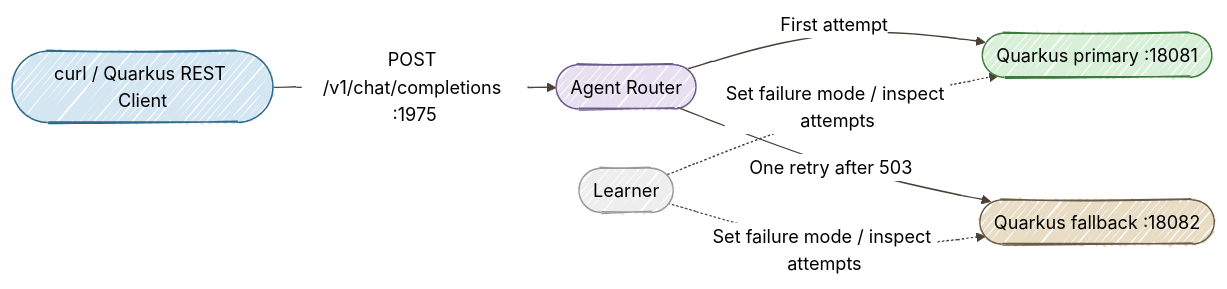
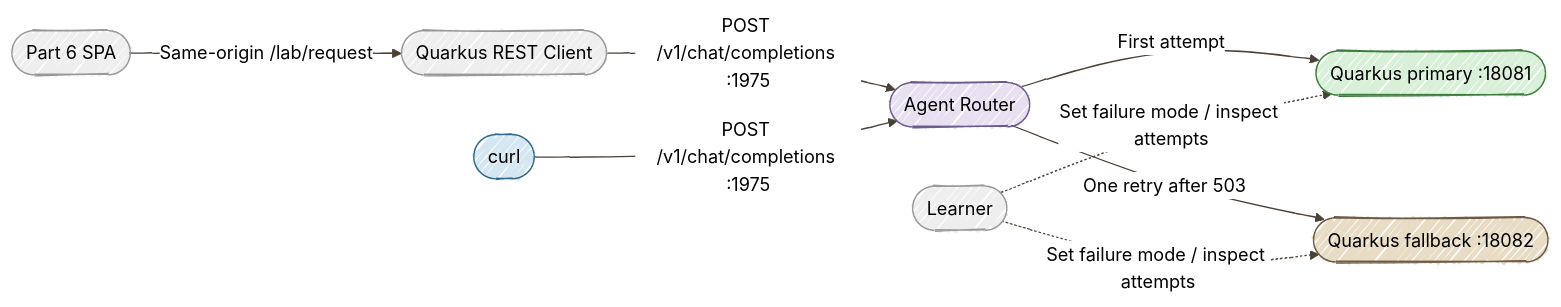
Before and after one commit to danieloh30/governed-agent-platform: the second of 3 diagrams in docs/tutorials/06-model-routing.md, drawn with Mermaid. The commit also changed other lines of this file and 17 other files, not shown here.

````diff
--- a/docs/tutorials/06-model-routing.md
+++ b/docs/tutorials/06-model-routing.md
@@ -70,13 +70,15 @@
 ```mermaid
 %%{init: {'look':'handDrawn','theme':'neutral','themeVariables': {'lineColor':'#4A4035'}}}%%
 flowchart LR
-    C([curl / Quarkus REST Client]) -->|POST /v1/chat/completions :1975| AR([Agent Router])
+    UI([Part 6 SPA]) -->|Same-origin /lab/request| Q([Quarkus REST Client])
+    Q -->|POST /v1/chat/completions :1975| AR([Agent Router])
+    C([curl]) -->|POST /v1/chat/completions :1975| AR
     AR -->|First attempt| P([Quarkus primary :18081])
     AR -->|One retry after 503| F([Quarkus fallback :18082])
     T([Learner]) -.->|Set failure mode / inspect attempts| P
     T -.->|Set failure mode / inspect attempts| F
     style C fill:#D4E6F1,stroke:#2E6B8A
     style AR fill:#E8E0F0,stroke:#6B5B8A
     style P fill:#D8F0D8,stroke:#3D7A3D
     style F fill:#E8DCC4,stroke:#6B5B45
 ```
````
